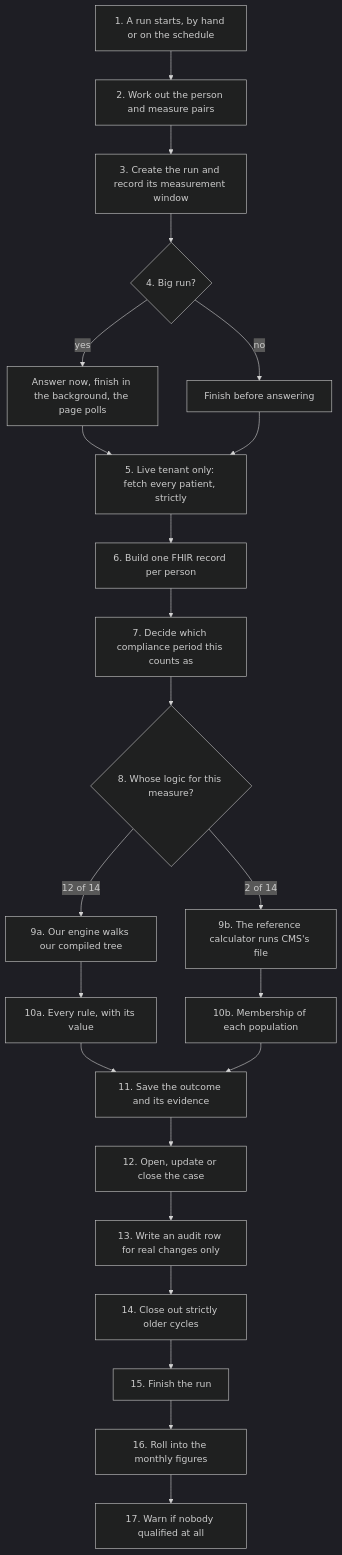
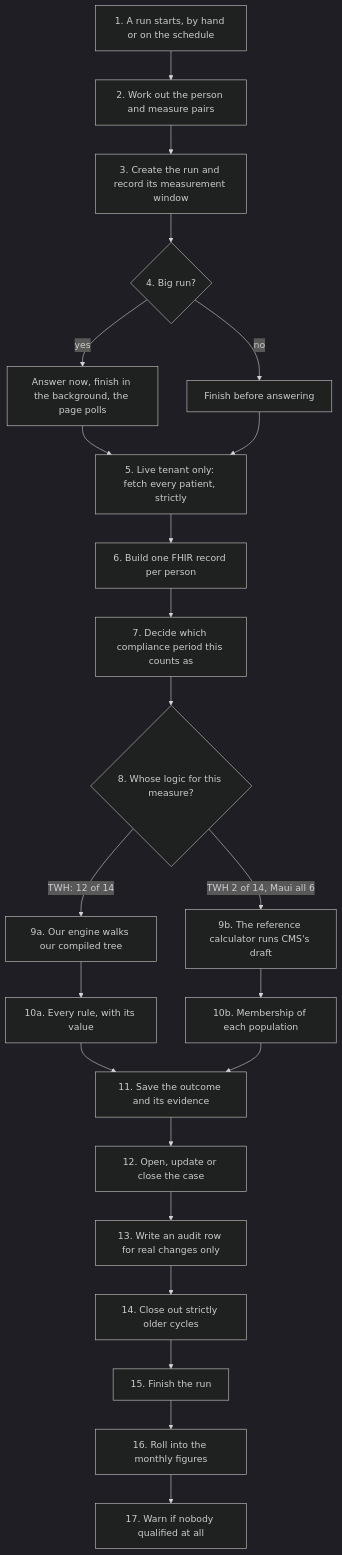
The first of 3 diagrams in docs/guide/04-engine-and-routing.md (Taleef7/workwell), drawn with Mermaid (dark theme) before and after one commit. The commit also changed other lines of this file and 24 other files, not shown here.

First line of the commit message:
docs: WorkWell assists WebChart, and Maui and TWH are two instances of one product (#761)

````diff
--- a/docs/guide/04-engine-and-routing.md
+++ b/docs/guide/04-engine-and-routing.md
@@ -13,27 +13,27 @@
 ```mermaid
 flowchart TB
   P1["1. A run starts, by hand or on the schedule"]
   P1 --> P2["2. Work out the person and measure pairs"]
   P2 --> P3["3. Create the run and record its measurement window"]
   P3 --> P4{"4. Big run?"}
   P4 -->|yes| P4a["Answer now, finish in the background, the page polls"]
   P4 -->|no| P4b["Finish before answering"]
   P4a --> P5
   P4b --> P5
   P5["5. Live tenant only: fetch every patient, strictly"]
   P5 --> P6["6. Build one FHIR record per person"]
   P6 --> P7["7. Decide which compliance period this counts as"]
   P7 --> P8{"8. Whose logic for this measure?"}
-  P8 -->|"12 of 14"| E1["9a. Our engine walks our compiled tree"]
-  P8 -->|"2 of 14"| E2["9b. The reference calculator runs CMS's file"]
+  P8 -->|"TWH: 12 of 14"| E1["9a. Our engine walks our compiled tree"]
+  P8 -->|"TWH 2 of 14, Maui all 6"| E2["9b. The reference calculator runs CMS's draft"]
   E1 --> R1["10a. Every rule, with its value"]
   E2 --> R2["10b. Membership of each population"]
   R1 --> S1["11. Save the outcome and its evidence"]
   R2 --> S1
   S1 --> S2["12. Open, update or close the case"]
   S2 --> S3["13. Write an audit row for real changes only"]
   S3 --> S4["14. Close out strictly older cycles"]
   S4 --> S5["15. Finish the run"]
   S5 --> S6["16. Roll into the monthly figures"]
   S6 --> S7["17. Warn if nobody qualified at all"]
 ```
````
